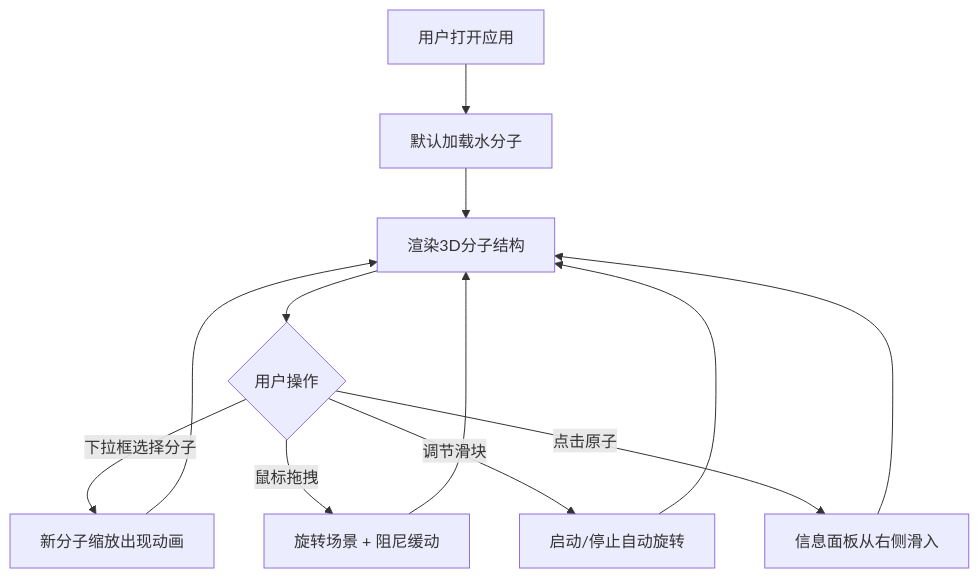
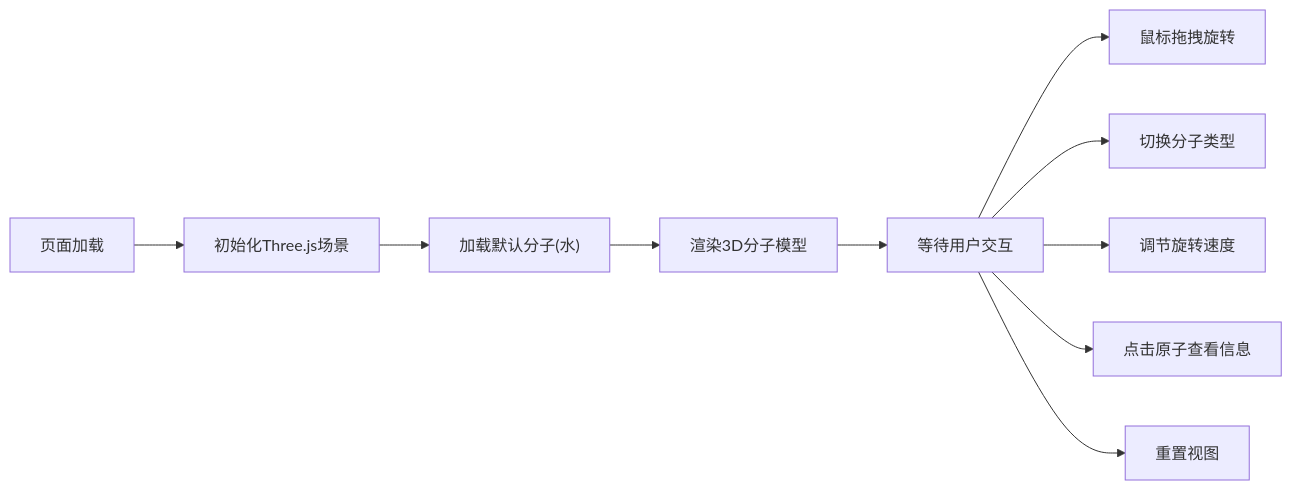
Before and after one commit to LIANG0828906/solo: the diagram in cp4_6.14_auto100/.trae/documents/PRD.md, drawn with Mermaid. The commit also changed other lines of this file and 6 other files, not shown here.

````diff
--- a/cp4_6.14_auto100/.trae/documents/PRD.md
+++ b/cp4_6.14_auto100/.trae/documents/PRD.md
@@ -30,14 +25,12 @@
 ```mermaid
-flowchart TD
-    A["用户打开应用"] --> B["默认加载水分子"]
-    B --> C["渲染3D分子结构"]
-    C --> D{"用户操作"}
-    D -->|"下拉框选择分子"| E["新分子缩放出现动画"]
-    E --> C
-    D -->|"鼠标拖拽"| F["旋转场景 + 阻尼缓动"]
-    F --> C
-    D -->|"调节滑块"| G["启动/停止自动旋转"]
-    G --> C
-    D -->|"点击原子"| H["信息面板从右侧滑入"]
-    H --> C
+flowchart LR
+    A["页面加载"] --> B["初始化Three.js场景"]
+    B --> C["加载默认分子(水)"]
+    C --> D["渲染3D分子模型"]
+    D --> E["等待用户交互"]
+    E --> F["鼠标拖拽旋转"]
+    E --> G["切换分子类型"]
+    E --> H["调节旋转速度"]
+    E --> I["点击原子查看信息"]
+    E --> J["重置视图"]
 ```
````
